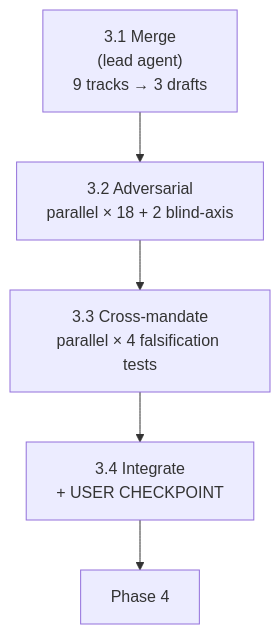
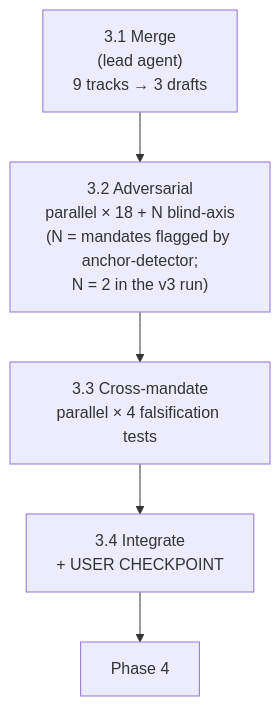
The fifth of 11 diagrams in research-plan-v3-primer.md (lago-morph/software-factory), drawn with Mermaid before and after one commit. The commit also changed other lines of this file, not shown here.

````diff
--- a/research-plan-v3-primer.md
+++ b/research-plan-v3-primer.md
@@ -124,8 +124,8 @@
 ```mermaid
 flowchart TB
     P31["3.1 Merge<br/>(lead agent)<br/>9 tracks → 3 drafts"] --> P32
-    P32["3.2 Adversarial<br/>parallel × 18 + 2 blind-axis"] --> P33
+    P32["3.2 Adversarial<br/>parallel × 18 + N blind-axis<br/>(N = mandates flagged by anchor-detector;<br/>N = 2 in the v3 run)"] --> P33
     P33["3.3 Cross-mandate<br/>parallel × 4 falsification tests"] --> P34
     P34["3.4 Integrate<br/>+ USER CHECKPOINT"] --> P4
     P4["Phase 4"]
 ```
````
